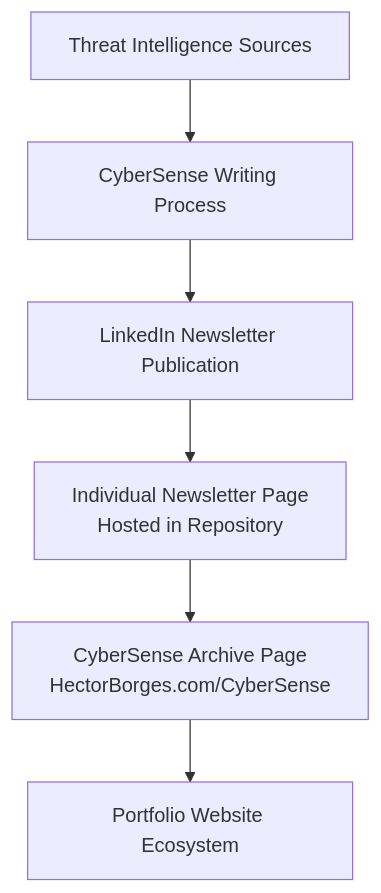
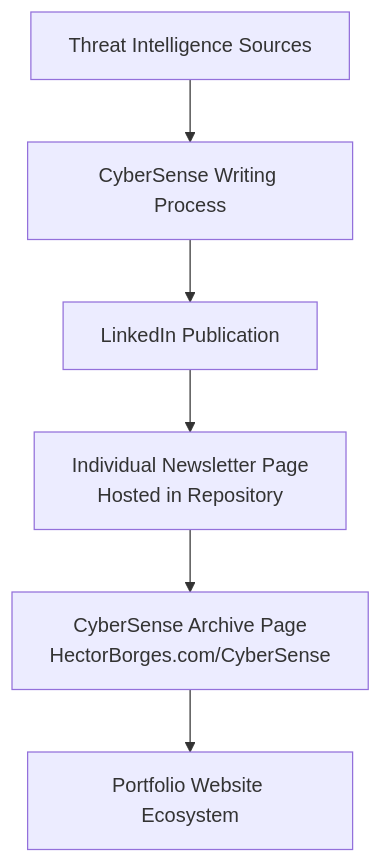
Before and after one commit to BorgesLebron/hectorborges-portfolio: the diagram in README.md, drawn with Mermaid.

````diff
--- a/README.md
+++ b/README.md
@@ -27,13 +27,13 @@
 ```mermaid
 flowchart TD
 
 A[Threat Intelligence Sources] --> B[CyberSense Writing Process]
 
-B --> C[LinkedIn Newsletter Publication]
+B --> C[LinkedIn Publication]
 
 C --> D[Individual Newsletter Page<br>Hosted in Repository]
 
 D --> E[CyberSense Archive Page<br>HectorBorges.com/CyberSense]
 
 E --> F[Portfolio Website Ecosystem]
 ```
````
